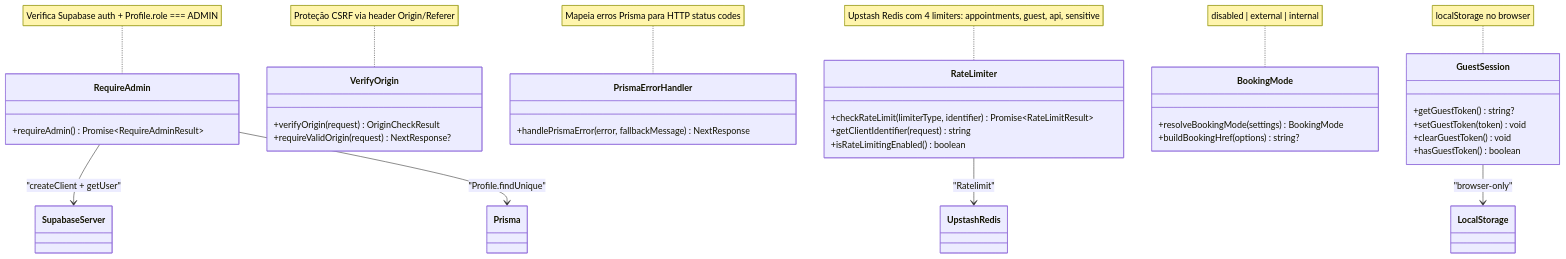
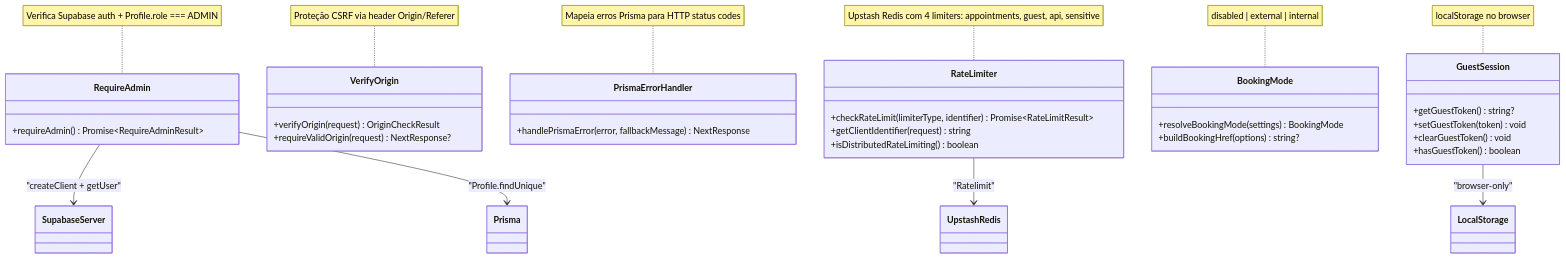
One commit to goldmustachesc/gold-mustache-web changed the second of 3 diagrams in docs/architecture/03-class-diagram.md. Above: the diagram before and after it, drawn with Mermaid. The commit also changed 3 other files, not shown here.

Commit message:
refactor: enhance rate limiting with in-memory fallback and update related methods

````diff
--- a/docs/architecture/03-class-diagram.md
+++ b/docs/architecture/03-class-diagram.md
@@ -108,45 +108,45 @@
 ```mermaid
 classDiagram
     class RequireAdmin {
         +requireAdmin() Promise~RequireAdminResult~
     }
     note for RequireAdmin "Verifica Supabase auth + Profile.role === ADMIN"
 
     class VerifyOrigin {
         +verifyOrigin(request) OriginCheckResult
         +requireValidOrigin(request) NextResponse?
     }
     note for VerifyOrigin "Proteção CSRF via header Origin/Referer"
 
     class PrismaErrorHandler {
         +handlePrismaError(error, fallbackMessage) NextResponse
     }
     note for PrismaErrorHandler "Mapeia erros Prisma para HTTP status codes"
 
     class RateLimiter {
         +checkRateLimit(limiterType, identifier) Promise~RateLimitResult~
         +getClientIdentifier(request) string
-        +isRateLimitingEnabled() boolean
+        +isDistributedRateLimiting() boolean
     }
     note for RateLimiter "Upstash Redis com 4 limiters: appointments, guest, api, sensitive"
 
     class BookingMode {
         +resolveBookingMode(settings) BookingMode
         +buildBookingHref(options) string?
     }
     note for BookingMode "disabled | external | internal"
 
     class GuestSession {
         +getGuestToken() string?
         +setGuestToken(token) void
         +clearGuestToken() void
         +hasGuestToken() boolean
     }
     note for GuestSession "localStorage no browser"
 
     %% Dependências
     RequireAdmin --> SupabaseServer : "createClient + getUser"
     RequireAdmin --> Prisma : "Profile.findUnique"
     RateLimiter --> UpstashRedis : "Ratelimit"
     GuestSession --> LocalStorage : "browser-only"
 ```
````
